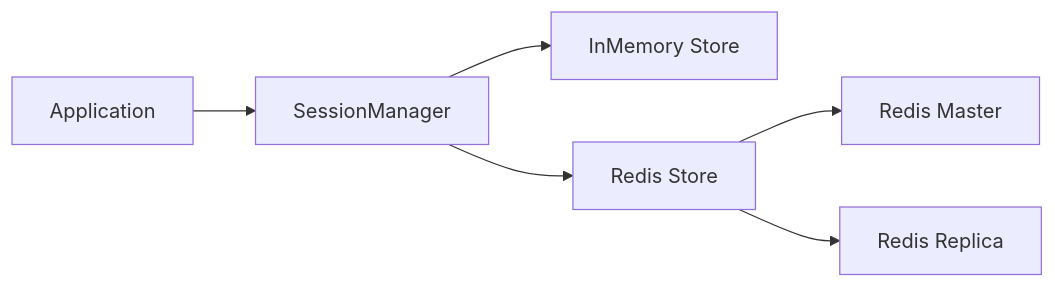
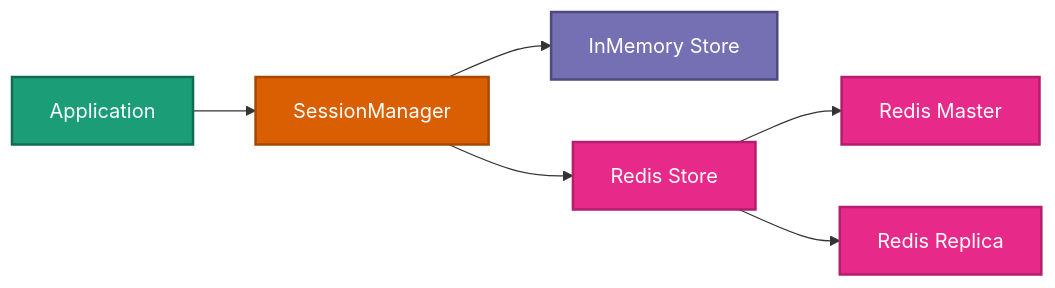
One commit to vishnu2kmohan/mcp-server-langgraph changed the fourth of 10 diagrams in docs/getting-started/architecture.mdx. Above: the diagram before and after it, drawn with Mermaid. The commit also changed other lines of this file and 9 other files, not shown here.

First line of the commit message:
style: apply ColorBrewer2 Dark2 palette to all remaining diagrams

````diff
--- a/docs/getting-started/architecture.mdx
+++ b/docs/getting-started/architecture.mdx
@@ -326,8 +347,20 @@
     ```mermaid
     graph LR
         App[Application] --> SM[SessionManager]
         SM --> Memory[InMemory Store]
         SM --> Redis[Redis Store]
         Redis --> Master[Redis Master]
         Redis --> Replica[Redis Replica]
+
+        %% ColorBrewer2 Dark2 palette styling
+        classDef appStyle fill:#1b9e77,stroke:#116b52,stroke-width:2px,color:#fff
+        classDef managerStyle fill:#d95f02,stroke:#a64801,stroke-width:2px,color:#fff
+        classDef storeStyle fill:#7570b3,stroke:#4e4a7f,stroke-width:2px,color:#fff
+        classDef redisStyle fill:#e7298a,stroke:#b31e6d,stroke-width:2px,color:#fff
+
+        class App appStyle
+        class SM managerStyle
+        class Memory storeStyle
+        class Redis redisStyle
+        class Master,Replica redisStyle
     ```
````
